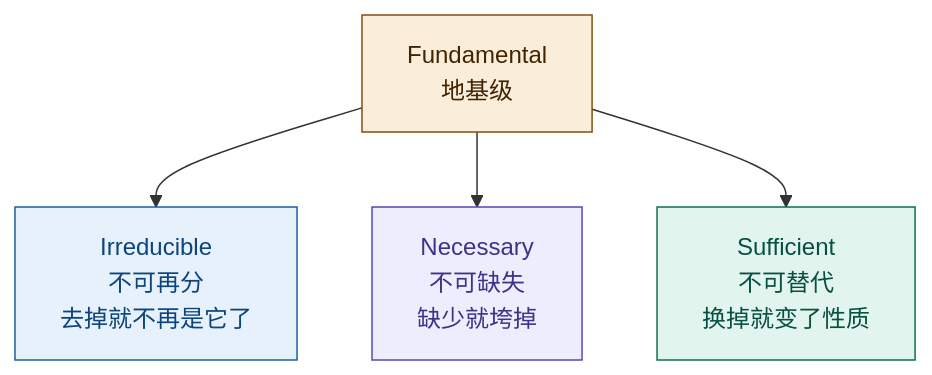
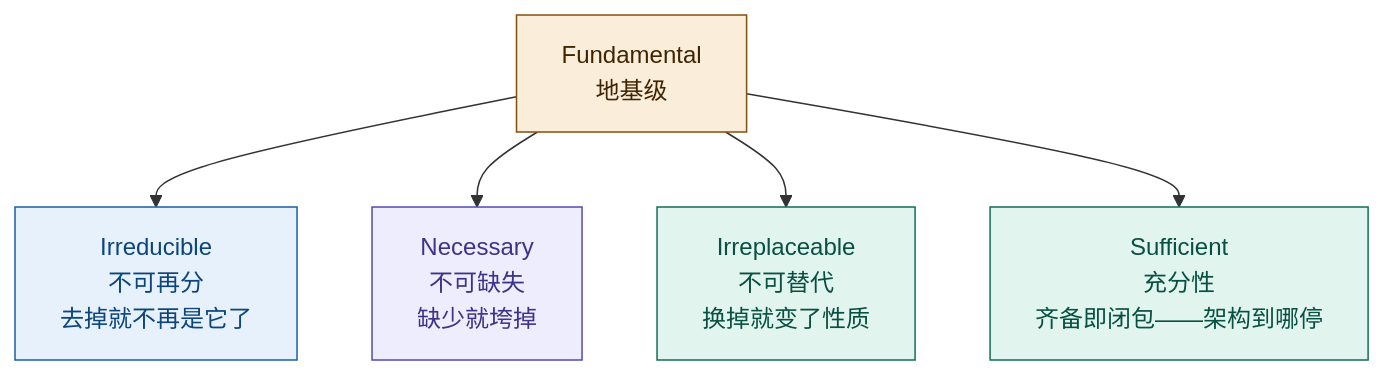
One commit to Yongjunzhou/AOS-system-design changed diagram 15 of 24 in 100-subprojects/01-系统工程研究/00-系统工程相关研究报告/07-架构概念研究报告-从概念设计到架构.md. Above: the diagram before and after it, drawn with Mermaid. The commit also changed other lines of this file and 38 other files, not shown here.

````diff
--- a/100-subprojects/01-系统工程研究/00-系统工程相关研究报告/07-架构概念研究报告-从概念设计到架构.md
+++ b/100-subprojects/01-系统工程研究/00-系统工程相关研究报告/07-架构概念研究报告-从概念设计到架构.md
@@ -561,11 +587,13 @@
 ```mermaid
 flowchart TD
     F["Fundamental<br/>地基级"]
     F --> I1["Irreducible<br/>不可再分<br/>去掉就不再是它了"]
     F --> I2["Necessary<br/>不可缺失<br/>缺少就垮掉"]
-    F --> I3["Sufficient<br/>不可替代<br/>换掉就变了性质"]
+    F --> I3["Irreplaceable<br/>不可替代<br/>换掉就变了性质"]
+    F --> I4["Sufficient<br/>充分性<br/>齐备即闭包——架构到哪停"]
     style F fill:#FAEEDA,stroke:#854F0B,color:#412402
     style I1 fill:#E6F1FB,stroke:#185FA5,color:#0C447C
     style I2 fill:#EEEDFE,stroke:#534AB7,color:#3C3489
     style I3 fill:#E1F5EE,stroke:#0F6E56,color:#085041
+    style I4 fill:#E1F5EE,stroke:#0F6E56,color:#085041
 ```
````
